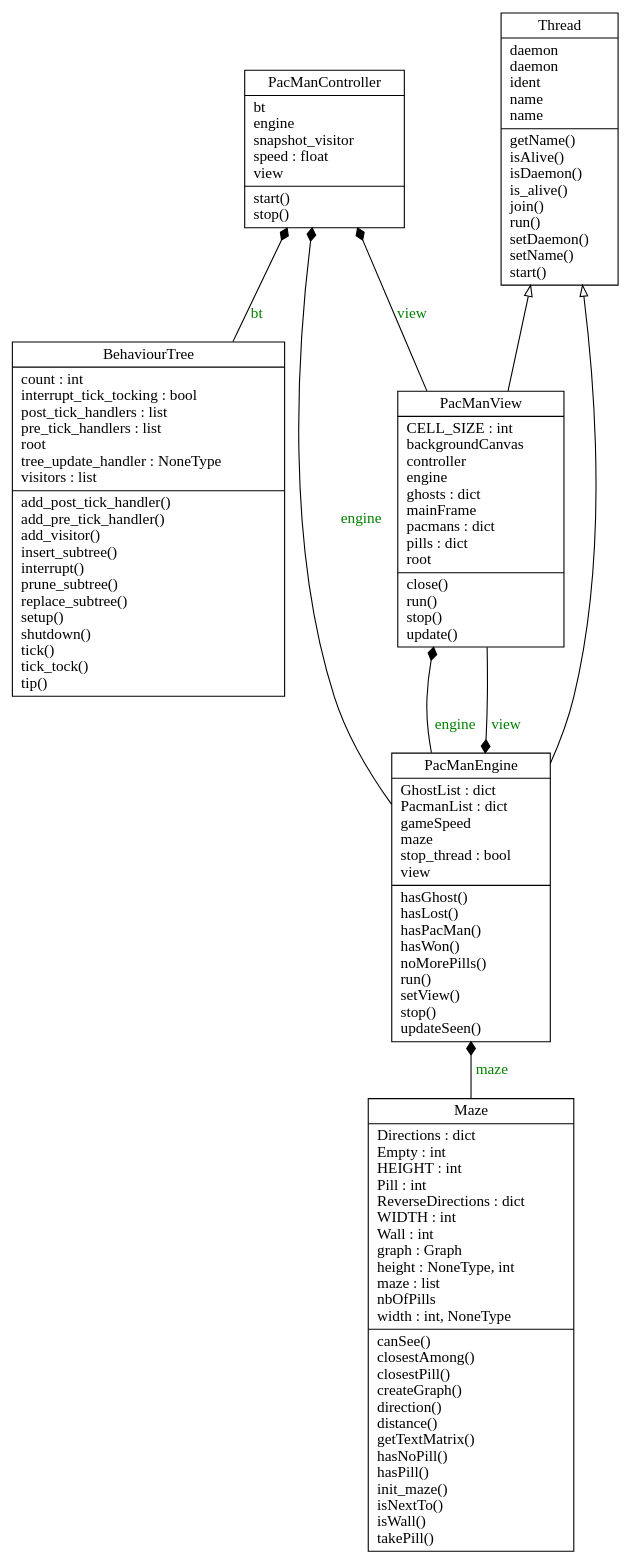
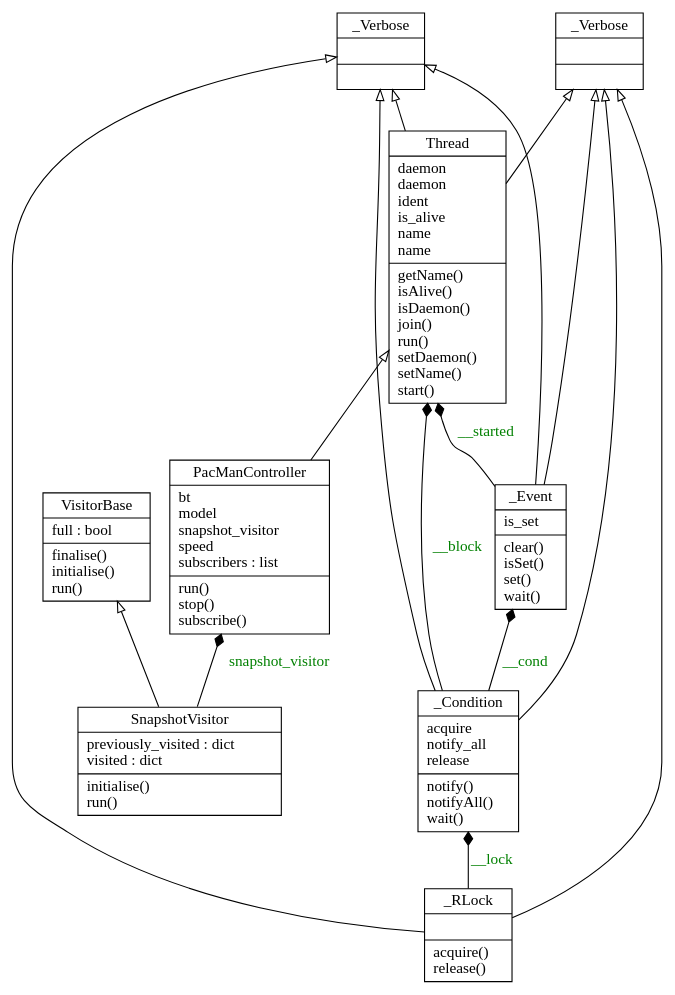
Before and after one commit to ValentinLebouvier/TAL2019: the diagram in WIP/PacMan/classes.dot, drawn with Graphviz. The commit also changed 39 other files, not shown here.

```diff
--- a/WIP/PacMan/classes.dot
+++ b/WIP/PacMan/classes.dot
@@ -1,19 +1,28 @@
 digraph "classes" {
 charset="utf-8"
 rankdir=BT
-"0" [label="{BehaviourTree|count : int\linterrupt_tick_tocking : bool\lpost_tick_handlers : list\lpre_tick_handlers : list\lroot\ltree_update_handler : NoneType\lvisitors : list\l|add_post_tick_handler()\ladd_pre_tick_handler()\ladd_visitor()\linsert_subtree()\linterrupt()\lprune_subtree()\lreplace_subtree()\lsetup()\lshutdown()\ltick()\ltick_tock()\ltip()\l}", shape="record"];
-"4" [label="{Maze|Directions : dict\lEmpty : int\lHEIGHT : int\lPill : int\lReverseDirections : dict\lWIDTH : int\lWall : int\lgraph : Graph\lheight : NoneType, int\lmaze : list\lnbOfPills\lwidth : int, NoneType\l|canSee()\lclosestAmong()\lclosestPill()\lcreateGraph()\ldirection()\ldistance()\lgetTextMatrix()\lhasNoPill()\lhasPill()\linit_maze()\lisNextTo()\lisWall()\ltakePill()\l}", shape="record"];
-"6" [label="{PacManController|bt\lengine\lsnapshot_visitor\lspeed : float\lview\l|start()\lstop()\l}", shape="record"];
-"7" [label="{PacManEngine|GhostList : dict\lPacmanList : dict\lgameSpeed\lmaze\lstop_thread : bool\lview\l|hasGhost()\lhasLost()\lhasPacMan()\lhasWon()\lnoMorePills()\lrun()\lsetView()\lstop()\lupdateSeen()\l}", shape="record"];
-"8" [label="{PacManView|CELL_SIZE : int\lbackgroundCanvas\lcontroller\lengine\lghosts : dict\lmainFrame\lpacmans : dict\lpills : dict\lroot\l|close()\lrun()\lstop()\lupdate()\l}", shape="record"];
-"11" [label="{Thread|daemon\ldaemon\lident\lname\lname\l|getName()\lisAlive()\lisDaemon()\lis_alive()\ljoin()\lrun()\lsetDaemon()\lsetName()\lstart()\l}", shape="record"];
-"7" -> "11" [arrowhead="empty", arrowtail="none"];
-"8" -> "11" [arrowhead="empty", arrowtail="none"];
-"0" -> "6" [arrowhead="diamond", arrowtail="none", fontcolor="green", label="bt", style="solid"];
-"4" -> "7" [arrowhead="diamond", arrowtail="none", fontcolor="green", label="maze", style="solid"];
-"7" -> "6" [arrowhead="diamond", arrowtail="none", fontcolor="green", label="engine", style="solid"];
-"8" -> "6" [arrowhead="diamond", arrowtail="none", fontcolor="green", label="view", style="solid"];
-"8" -> "7" [arrowhead="diamond", arrowtail="none", fontcolor="green", label="view", style="solid"];
-"7" -> "8" [arrowhead="diamond", arrowtail="none", fontcolor="green", label="engine", style="solid"];
-
+"0" [label="{PacManController|bt\lmodel\lsnapshot_visitor\lspeed\lsubscribers : list\l|run()\lstop()\lsubscribe()\l}", shape="record"];
+"1" [label="{SnapshotVisitor|previously_visited : dict\lvisited : dict\l|initialise()\lrun()\l}", shape="record"];
+"2" [label="{Thread|daemon\ldaemon\lident\lis_alive\lname\lname\l|getName()\lisAlive()\lisDaemon()\ljoin()\lrun()\lsetDaemon()\lsetName()\lstart()\l}", shape="record"];
+"3" [label="{VisitorBase|full : bool\l|finalise()\linitialise()\lrun()\l}", shape="record"];
+"4" [label="{_Condition|acquire\lnotify_all\lrelease\l|notify()\lnotifyAll()\lwait()\l}", shape="record"];
+"5" [label="{_Event|is_set\l|clear()\lisSet()\lset()\lwait()\l}", shape="record"];
+"6" [label="{_RLock|\l|acquire()\lrelease()\l}", shape="record"];
+"7" [label="{_Verbose|\l|}", shape="record"];
+"8" [label="{_Verbose|\l|}", shape="record"];
+"0" -> "2" [arrowhead="empty", arrowtail="none"];
+"1" -> "3" [arrowhead="empty", arrowtail="none"];
+"2" -> "7" [arrowhead="empty", arrowtail="none"];
+"2" -> "8" [arrowhead="empty", arrowtail="none"];
+"4" -> "7" [arrowhead="empty", arrowtail="none"];
+"4" -> "8" [arrowhead="empty", arrowtail="none"];
+"5" -> "7" [arrowhead="empty", arrowtail="none"];
+"5" -> "8" [arrowhead="empty", arrowtail="none"];
+"6" -> "7" [arrowhead="empty", arrowtail="none"];
+"6" -> "8" [arrowhead="empty", arrowtail="none"];
+"1" -> "0" [arrowhead="diamond", arrowtail="none", fontcolor="green", label="snapshot_visitor", style="solid"];
+"4" -> "2" [arrowhead="diamond", arrowtail="none", fontcolor="green", label="__block", style="solid"];
+"4" -> "5" [arrowhead="diamond", arrowtail="none", fontcolor="green", label="__cond", style="solid"];
+"5" -> "2" [arrowhead="diamond", arrowtail="none", fontcolor="green", label="__started", style="solid"];
+"6" -> "4" [arrowhead="diamond", arrowtail="none", fontcolor="green", label="__lock", style="solid"];
 }
```
